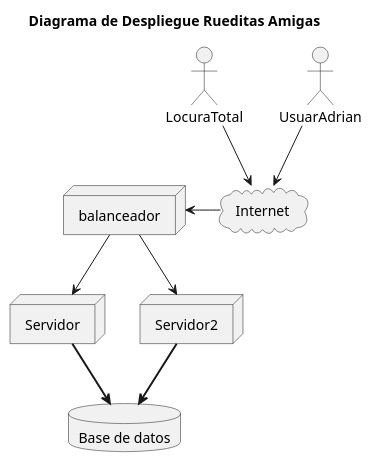
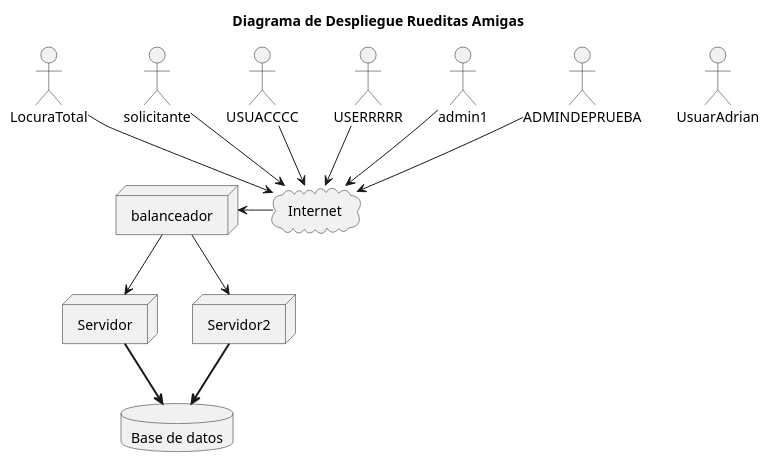
Before and after one commit to lrizzitano/RueditasAmigasDespliegue: the diagram in diagrams/DiagramaDeDespliegue.puml, drawn with PlantUML. The commit also changed 1 other file, not shown here.

```diff
--- a/diagrams/DiagramaDeDespliegue.puml
+++ b/diagrams/DiagramaDeDespliegue.puml
@@ -1,28 +1,32 @@
 @startuml
 'https://plantuml.com/deployment-diagram
 
 title Diagrama de Despliegue Rueditas Amigas
 
 actor "LocuraTotal"
 actor "UsuarAdrian"
 
 cloud "Internet"
 
 node "Servidor"
 node "Servidor2"
 node "balanceador"
 
 database "Base de datos"
 
-"UsuarAdrian" --> "Internet"
+"solicitante" --> "Internet"
+"USUACCCC" --> "Internet"
+"USERRRRR" --> "Internet"
 "LocuraTotal" --> "Internet"
+"admin1" --> "Internet"
+"ADMINDEPRUEBA" --> "Internet"
 
 "Internet" -l-> "balanceador"
 
 "Servidor" -[bold]-> "Base de datos"
 "Servidor2" -[bold]-> "Base de datos"
 
 "balanceador" --> "Servidor"
 "balanceador" --> "Servidor2"
 
 @enduml
```
